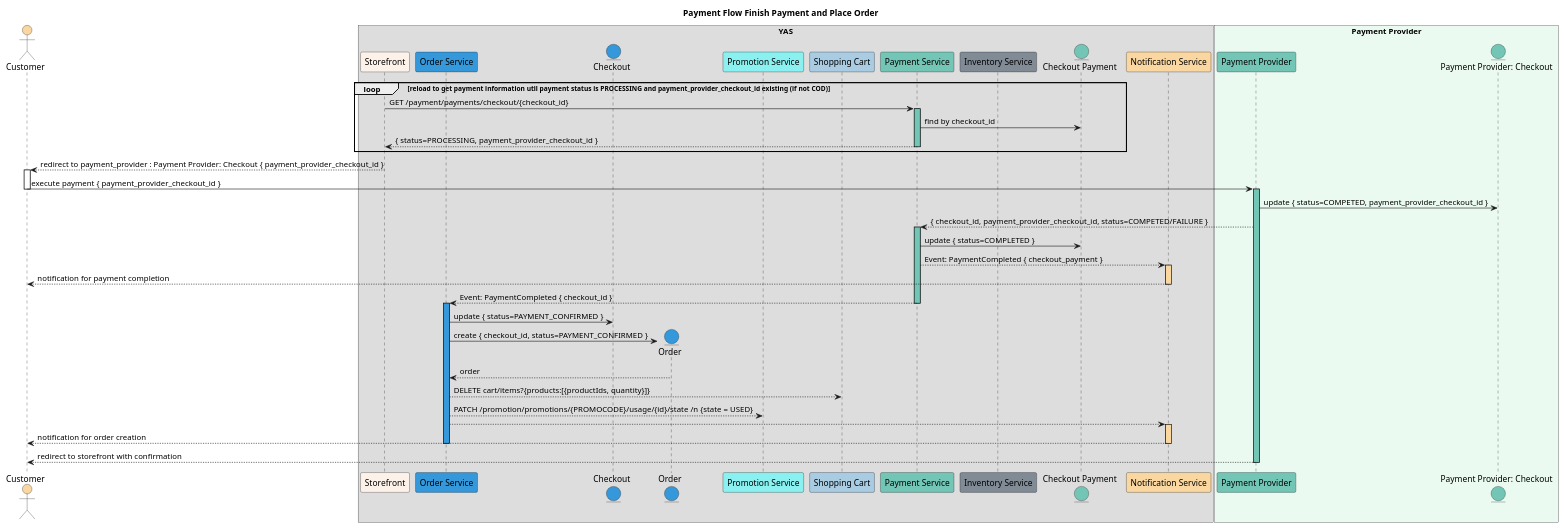
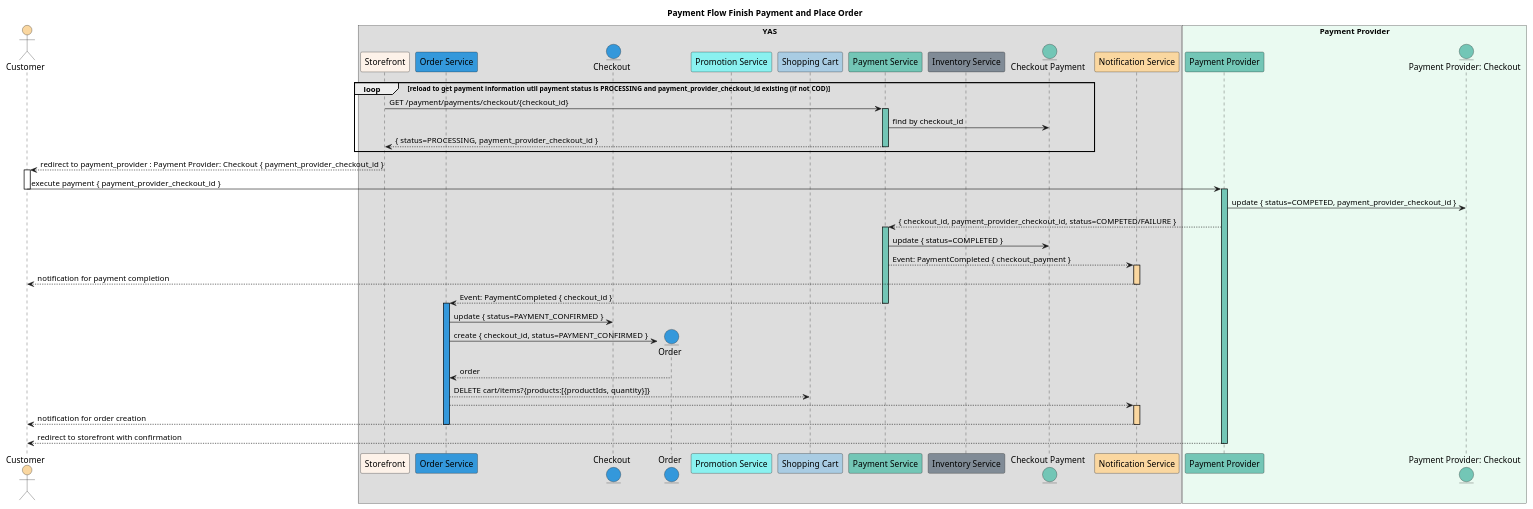
Before and after one commit to nashtech-garage/yas: the diagram in docs/design/order-flows/diagrams/payment.seq-3.puml, drawn with PlantUML. The commit also changed 9 other files, not shown here.

Commit message:
Update promocode usage flow, update README text

```diff
--- a/docs/design/order-flows/diagrams/payment.seq-3.puml
+++ b/docs/design/order-flows/diagrams/payment.seq-3.puml
@@ -1,61 +1,60 @@
 @startuml Payment Flow Sub 3
 
 title Payment Flow Finish Payment and Place Order
 
 actor Customer as customer #fad7a0
 
 box YAS
     participant "Storefront" as storefront #fdf2e9        
     participant "Order Service" as order_service #3498db    
     entity "Checkout" as checkout #3498db
     entity "Order" as order #3498db
     participant "Promotion Service" as promotion_service #8af1f0
     participant "Shopping Cart" as shopping_cart #a9cce3
     participant "Payment Service" as payment_service #73c6b6
     participant "Inventory Service" as inventory_service #808b96
     entity "Checkout Payment" as checkout_payment #73c6b6
     participant "Notification Service" as notification_service #fad7a0
 end box 
 
 box "Payment Provider" #eafaf1
     participant "Payment Provider" as payment_provider #73c6b6
     entity "Payment Provider: Checkout" as payment_provider_checkout #73c6b6
 end box
 loop reload to get payment information util payment status is PROCESSING and payment_provider_checkout_id existing (if not COD)
   storefront -> payment_service: GET /payment/payments/checkout/{checkout_id} 
   activate payment_service #73c6b6
     payment_service -> checkout_payment: find by checkout_id
     storefront <-- payment_service: { status=PROCESSING, payment_provider_checkout_id }
   deactivate payment_service
 end 
 storefront --> customer: redirect to payment_provider : Payment Provider: Checkout { payment_provider_checkout_id }
 deactivate storefront
 activate customer
   customer -> payment_provider: execute payment { payment_provider_checkout_id }
 deactivate customer
 activate payment_provider #73c6b6
   payment_provider -> payment_provider_checkout: update { status=COMPETED, payment_provider_checkout_id }  
   payment_provider --> payment_service: { checkout_id, payment_provider_checkout_id, status=COMPETED/FAILURE }
   activate payment_service #73c6b6
     payment_service -> checkout_payment: update { status=COMPLETED }
     payment_service --> notification_service: Event: PaymentCompleted { checkout_payment }
     activate notification_service #fad7a0
       notification_service --> customer: notification for payment completion
     deactivate notification_service
     payment_service --> order_service: Event: PaymentCompleted { checkout_id }
   deactivate payment_service
   activate order_service #3498db
     order_service -> checkout: update { status=PAYMENT_CONFIRMED }
     order_service -> order**:  create { checkout_id, status=PAYMENT_CONFIRMED }
     order --> order_service: order
     order_service --> shopping_cart: DELETE cart/items?{products:[{productIds, quantity}]}
-    order_service --> promotion_service: PATCH /promotion/promotions/{PROMOCODE}/usage/{id}/state /n {state = USED}
     order_service --> notification_service
     activate notification_service #fad7a0
       notification_service --> customer: notification for order creation
     deactivate notification_service
   deactivate order_service
   payment_provider --> customer: redirect to storefront with confirmation
 deactivate payment_provider
 
 @enduml
```
